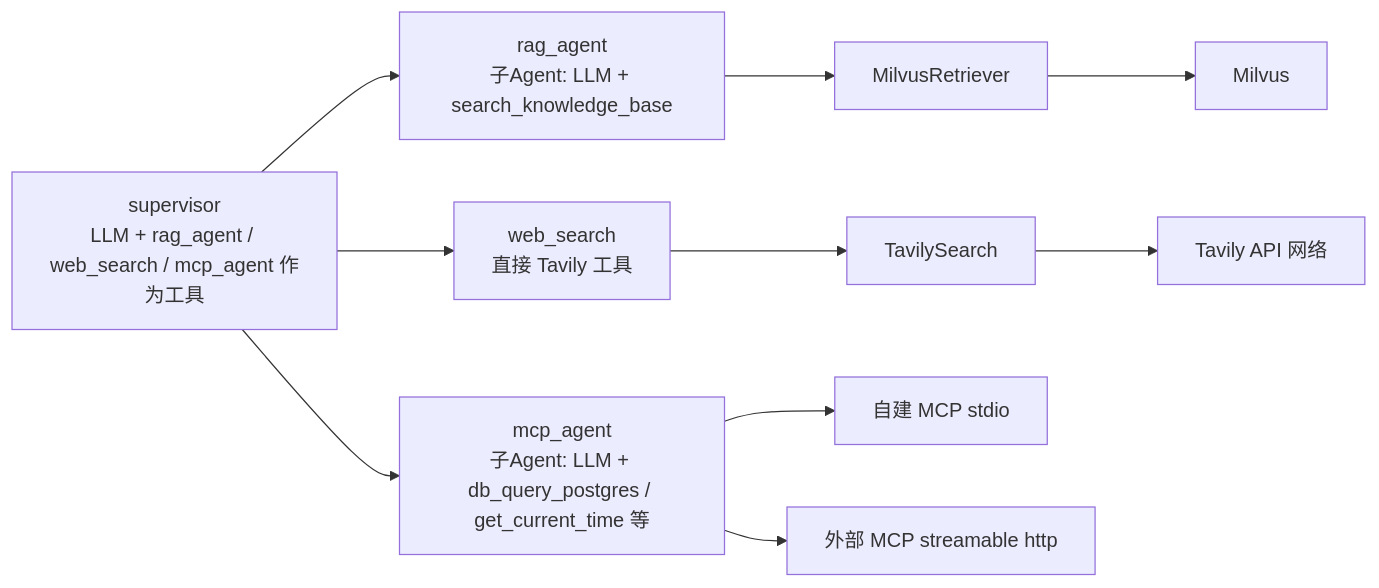
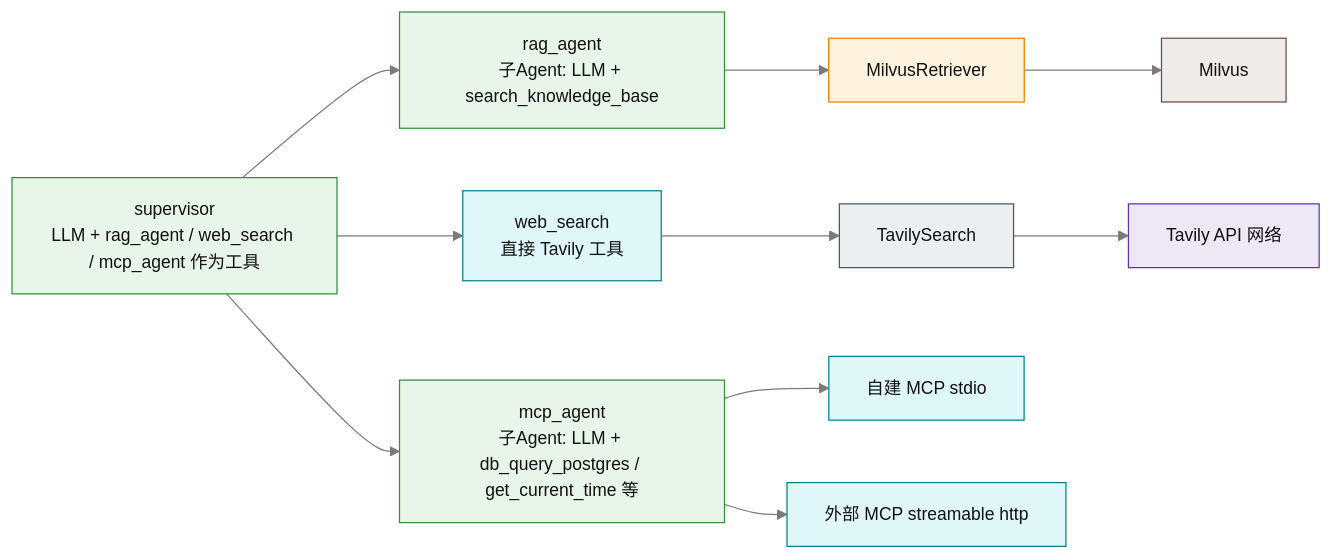
Before and after one commit to Zhuliqx/Agentchat: the second of 4 diagrams in docs/ARCHITECTURE.md, drawn with Mermaid. The commit also changed other lines of this file and 5 other files, not shown here.

Commit message:
优化mermaid图

````diff
--- a/docs/ARCHITECTURE.md
+++ b/docs/ARCHITECTURE.md
@@ -77,11 +85,18 @@
 ```mermaid
+%%{init: {"theme":"base", "themeVariables": {"primaryColor":"#ecf3ff", "primaryBorderColor":"#3b6fd4", "primaryTextColor":"#111", "lineColor":"#7a7a7a", "fontSize":"14px", "clusterBkg":"#f7f8fa", "clusterBorder":"#c4c9d2", "secondaryColor":"#fef9ef", "tertiaryColor":"#f2f7f2", "actorBkg":"#ecf3ff", "actorBorder":"#3b6fd4", "noteBkg":"#fef9ef"}}}%%
 flowchart LR
-    S[supervisor<br>LLM + rag_agent / web_search / mcp_agent 作为工具]
-    S --> RA[rag_agent<br>子Agent: LLM + search_knowledge_base]
-    RA --> MR[MilvusRetriever] --> MV[Milvus]
-    S --> WS[web_search<br>直接 Tavily 工具]
-    WS --> TA[TavilySearch] --> TB[Tavily API 网络]
-    S --> MC[mcp_agent<br>子Agent: LLM + db_query_postgres / get_current_time 等]
-    MC --> SB[自建 MCP stdio]
-    MC --> XM[外部 MCP streamable http]
+    classDef agent fill:#e8f5e9,stroke:#388e3c
+    classDef api fill:#ede7f6,stroke:#5e35b1
+    classDef data fill:#efebe9,stroke:#6d4c41
+    classDef mcp fill:#e0f7fa,stroke:#00838f
+    classDef rag fill:#fff3e0,stroke:#f57c00
+    classDef tool fill:#eceff1,stroke:#455a64
+    S[supervisor<br>LLM + rag_agent / web_search / mcp_agent 作为工具]:::agent
+    S --> RA[rag_agent<br>子Agent: LLM + search_knowledge_base]:::agent
+    RA --> MR[MilvusRetriever]:::rag --> MV[Milvus]:::data
+    S --> WS[web_search<br>直接 Tavily 工具]:::mcp
+    WS --> TA[TavilySearch]:::tool --> TB[Tavily API 网络]:::api
+    S --> MC[mcp_agent<br>子Agent: LLM + db_query_postgres / get_current_time 等]:::agent
+    MC --> SB[自建 MCP stdio]:::mcp
+    MC --> XM[外部 MCP streamable http]:::mcp
 ```
````
